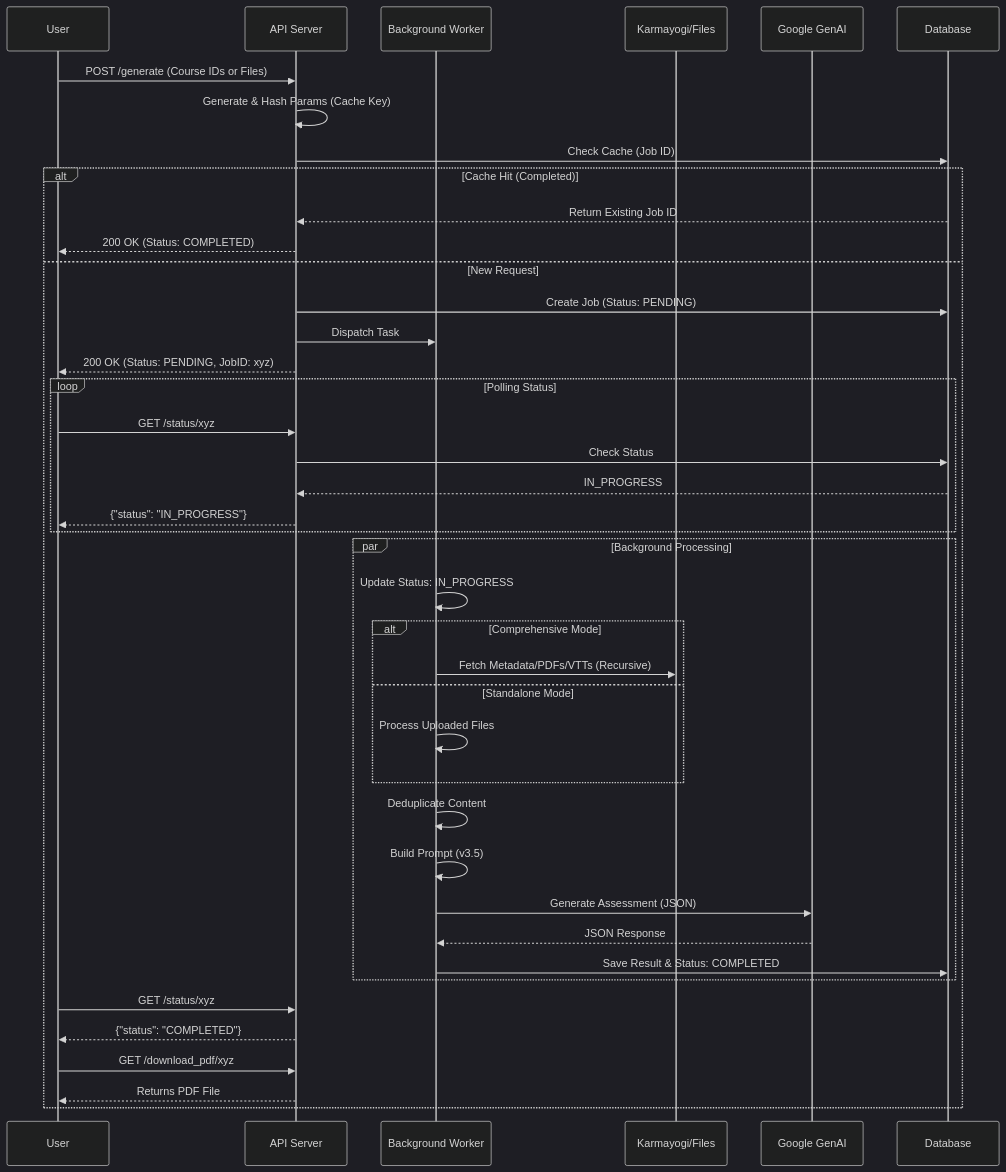
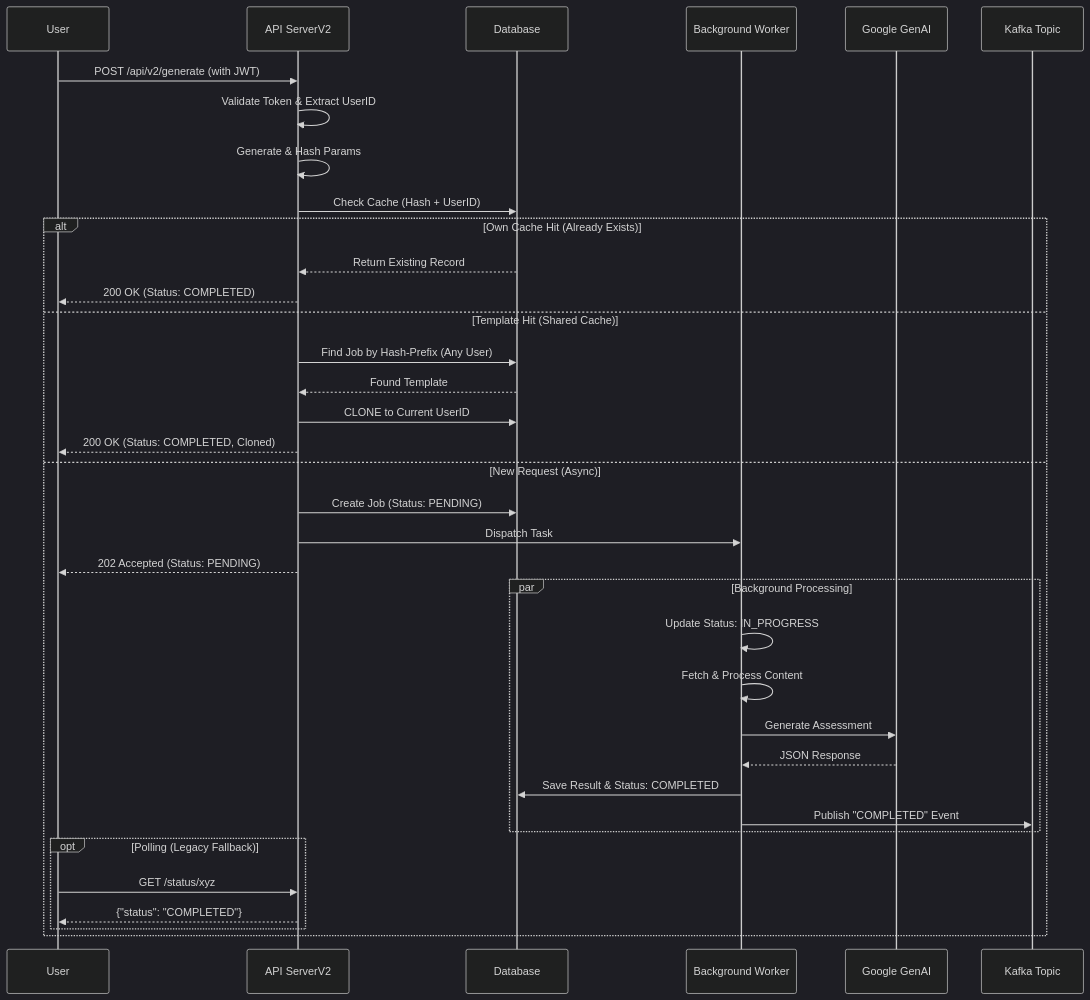
The second of 3 diagrams in architecture.md (KB-iGOT/ai-assessment-service), drawn with Mermaid (dark theme) before and after one commit. The commit also changed other lines of this file and 10 other files, not shown here.

Commit message:
feat: Implement V2 API (Auth, Kafka Events, CSV Export, Edit Mode)

````diff
--- a/architecture.md
+++ b/architecture.md
@@ -30,50 +33,45 @@
 ```mermaid
 sequenceDiagram
     participant User
-    participant API as API Server
+    participant API as API ServerV2
+    participant DB as Database
     participant Worker as Background Worker
-    participant Ext as Karmayogi/Files
     participant LLM as Google GenAI
-    participant DB as Database
+    participant Kafka as Kafka Topic
 
-    User->>API: POST /generate (Course IDs or Files)
-    API->>API: Generate & Hash Params (Cache Key)
-    API->>DB: Check Cache (Job ID)
+    User->>API: POST /api/v2/generate (with JWT)
+    API->>API: Validate Token & Extract UserID
+    API->>API: Generate & Hash Params
     
-    alt Cache Hit (Completed)
-        DB-->>API: Return Existing Job ID
+    API->>DB: Check Cache (Hash + UserID)
+    
+    alt Own Cache Hit (Already Exists)
+        DB-->>API: Return Existing Record
         API-->>User: 200 OK (Status: COMPLETED)
-    else New Request
+    
+    else Template Hit (Shared Cache)
+        API->>DB: Find Job by Hash-Prefix (Any User)
+        DB-->>API: Found Template
+        API->>DB: CLONE to Current UserID
+        API-->>User: 200 OK (Status: COMPLETED, Cloned)
+        
+    else New Request (Async)
         API->>DB: Create Job (Status: PENDING)
         API->>Worker: Dispatch Task
-        API-->>User: 200 OK (Status: PENDING, JobID: xyz)
-        
-        loop Polling Status
-            User->>API: GET /status/xyz
-            API->>DB: Check Status
-            DB-->>API: IN_PROGRESS
-            API-->>User: {"status": "IN_PROGRESS"}
-        end
+        API-->>User: 202 Accepted (Status: PENDING)
         
         par Background Processing
             Worker->>Worker: Update Status: IN_PROGRESS
-            
-            alt Comprehensive Mode
-                Worker->>Ext: Fetch Metadata/PDFs/VTTs (Recursive)
-            else Standalone Mode
-                Worker->>Worker: Process Uploaded Files
-            end
-            
-            Worker->>Worker: Deduplicate Content
-            Worker->>Worker: Build Prompt (v3.5)
-            Worker->>LLM: Generate Assessment (JSON)
+            Worker->>Worker: Fetch & Process Content
+            Worker->>LLM: Generate Assessment
             LLM-->>Worker: JSON Response
             Worker->>DB: Save Result & Status: COMPLETED
+            Worker->>Kafka: Publish "COMPLETED" Event
         end
         
-        User->>API: GET /status/xyz
-        API-->>User: {"status": "COMPLETED"}
-        User->>API: GET /download_pdf/xyz
-        API-->>User: Returns PDF File
+        opt Polling (Legacy Fallback)
+            User->>API: GET /status/xyz
+            API-->>User: {"status": "COMPLETED"}
+        end
     end
 ```
````
